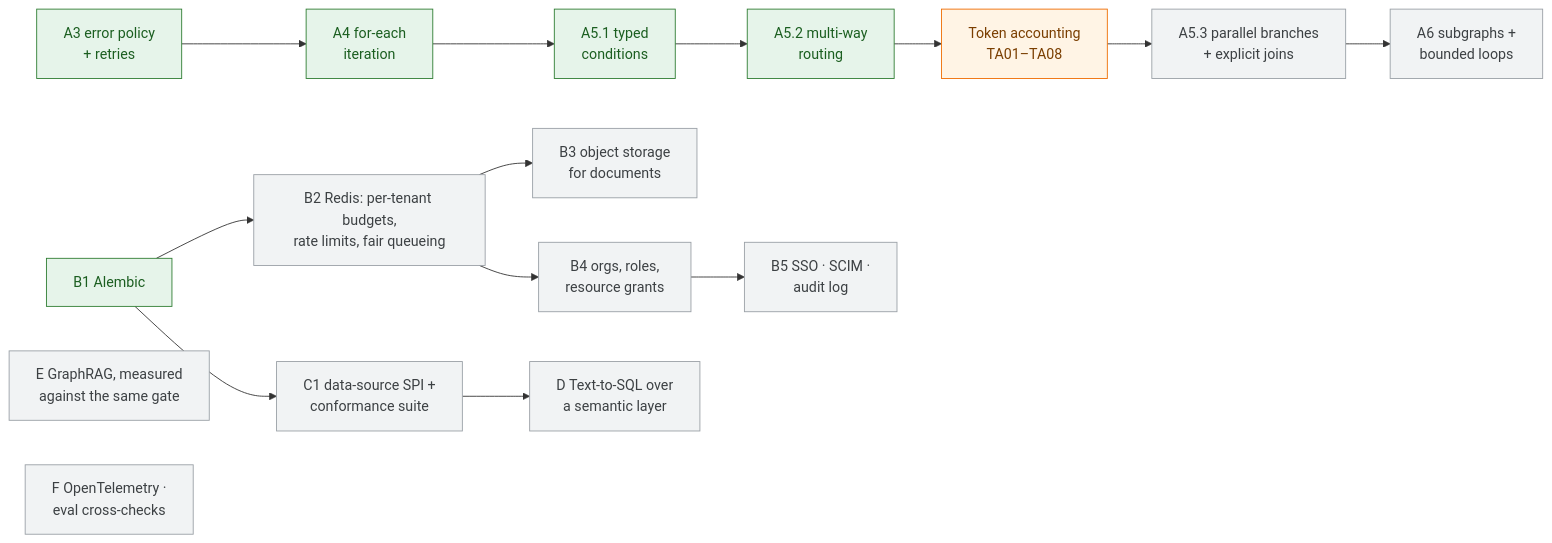
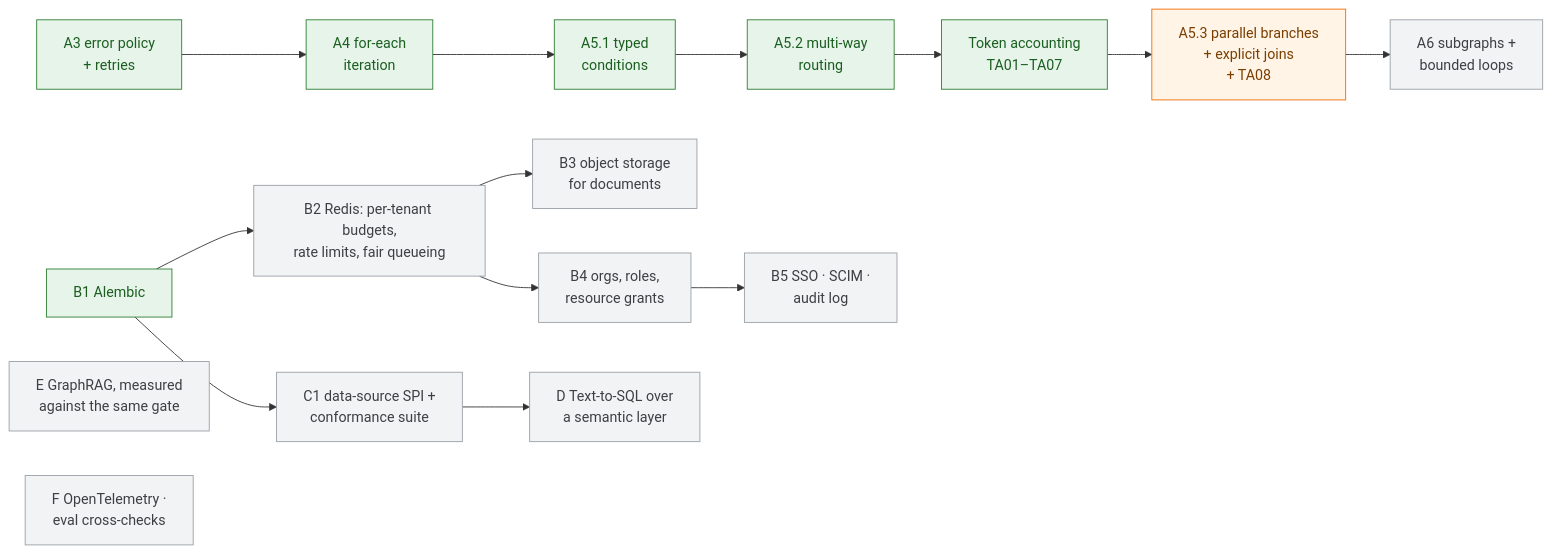
The seventh of 7 diagrams in README.md (SoumithReddy6/Enterprise-No-Code-Agentic-AI-Workflow-Platform), drawn with Mermaid before and after one commit. The commit also changed other lines of this file, not shown here.

````diff
--- a/README.md
+++ b/README.md
@@ -436,15 +440,15 @@
 ```mermaid
 flowchart LR
     classDef done fill:#e6f4ea,stroke:#2e7d32,color:#1b5e20
     classDef next fill:#fff4e5,stroke:#ef6c00,color:#7a3e00
     classDef later fill:#f1f3f4,stroke:#9aa0a6,color:#3c4043
 
     A3["A3 error policy<br/>+ retries"]:::done --> A4["A4 for-each<br/>iteration"]:::done --> A51["A5.1 typed<br/>conditions"]:::done
-    A51 --> A52["A5.2 multi-way<br/>routing"]:::done --> TA["Token accounting<br/>TA01–TA08"]:::next --> A53["A5.3 parallel branches<br/>+ explicit joins"]:::later --> A6["A6 subgraphs +<br/>bounded loops"]:::later
+    A51 --> A52["A5.2 multi-way<br/>routing"]:::done --> TA["Token accounting<br/>TA01–TA07"]:::done --> A53["A5.3 parallel branches<br/>+ explicit joins<br/>+ TA08"]:::next --> A6["A6 subgraphs +<br/>bounded loops"]:::later
     B1["B1 Alembic"]:::done --> B2["B2 Redis: per-tenant budgets,<br/>rate limits, fair queueing"]:::later
     B2 --> B3["B3 object storage<br/>for documents"]:::later
     B2 --> B4["B4 orgs, roles,<br/>resource grants"]:::later --> B5["B5 SSO · SCIM ·<br/>audit log"]:::later
     B1 --> C1["C1 data-source SPI +<br/>conformance suite"]:::later --> D["D Text-to-SQL over<br/>a semantic layer"]:::later
     E["E GraphRAG, measured<br/>against the same gate"]:::later
     F["F OpenTelemetry ·<br/>eval cross-checks"]:::later
 ```
````
